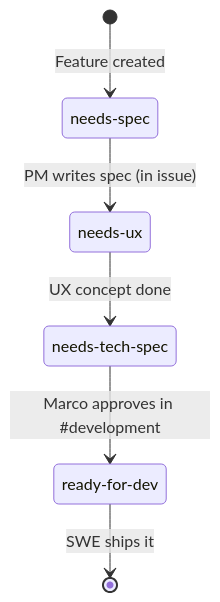
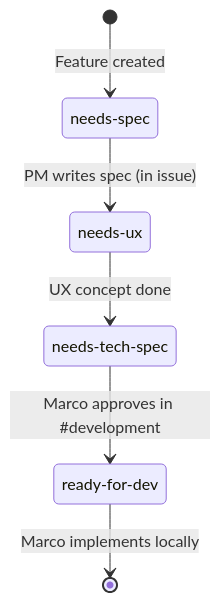
The diagram in docs/engineering/process.md (arc-eng/journeyloop-docs), drawn with Mermaid before and after one commit. The commit also changed other lines of this file and 4 other files, not shown here.

Commit message:
docs: document SWE removal — ready-for-dev is final stage, auto-build retired, Marco codes locally

````diff
--- a/docs/engineering/process.md
+++ b/docs/engineering/process.md
@@ -88,13 +88,13 @@
 ```mermaid
 stateDiagram-v2
     [*] --> needs_spec : Feature created
     needs_spec --> needs_ux : PM writes spec (in issue)
     needs_ux --> needs_tech_spec : UX concept done
     needs_tech_spec --> ready_for_dev : Marco approves in #development
-    ready_for_dev --> [*] : SWE ships it
+    ready_for_dev --> [*] : Marco implements locally
 
     needs_spec : needs-spec
     needs_ux : needs-ux
     needs_tech_spec : needs-tech-spec
     ready_for_dev : ready-for-dev
 ```
````
